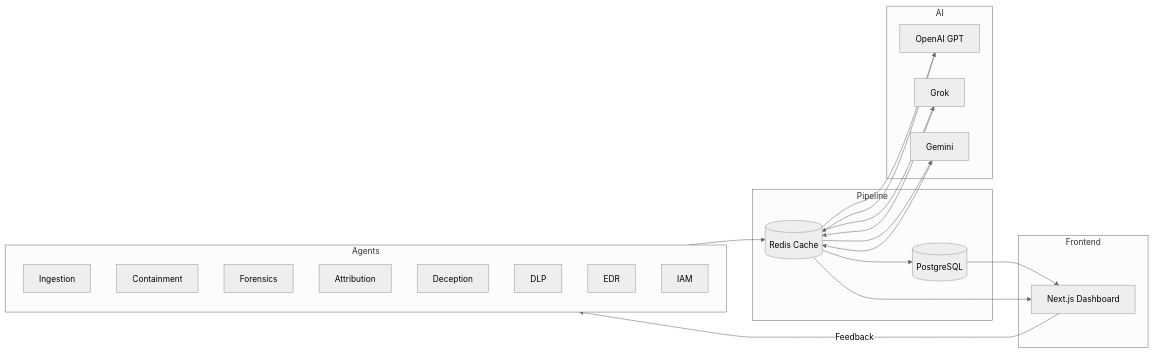
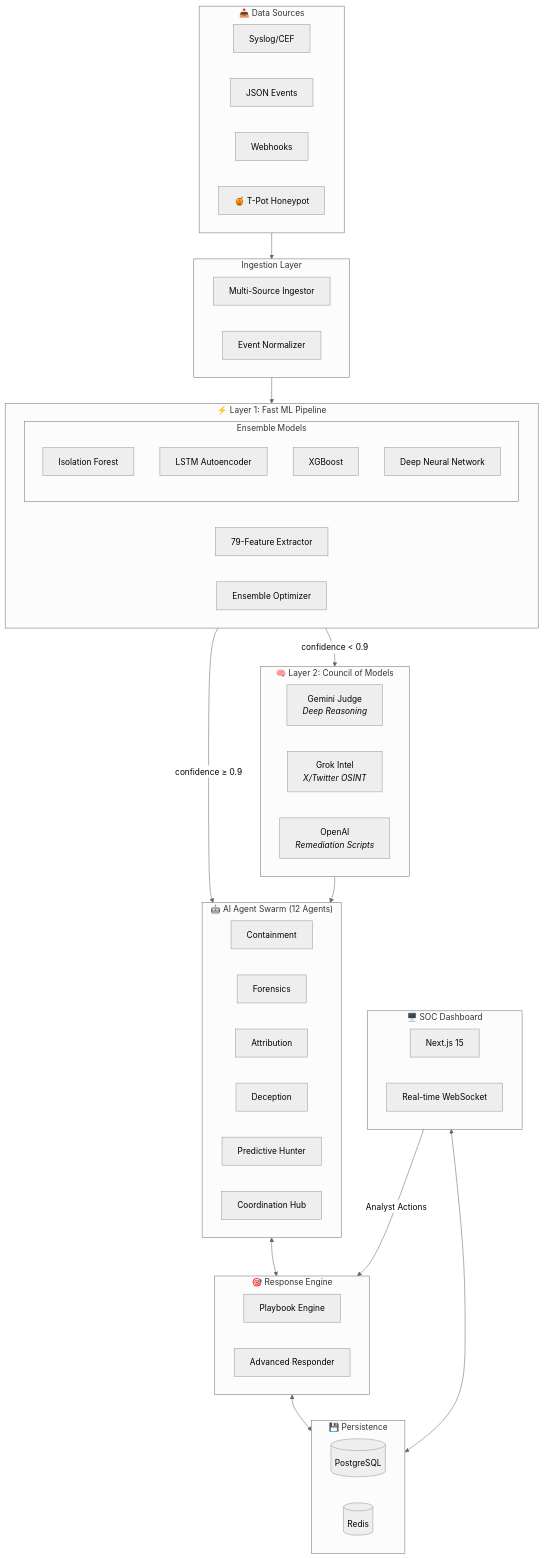
One commit to chasemad/mini-xdr-v5 changed the diagram in README.md. Above: the diagram before and after it, drawn with Mermaid (neutral theme). The commit also changed other lines of this file, not shown here.

Commit message:
docs: comprehensive README overhaul with new architecture diagram

````diff
--- a/README.md
+++ b/README.md
@@ -9,42 +31,66 @@
 ```mermaid
-flowchart LR
-    subgraph Agents
-        A1[Ingestion]
-        A2[Containment]
-        A3[Forensics]
-        A4[Attribution]
-        A5[Deception]
-        A6[DLP]
-        A7[EDR]
-        A8[IAM]
+flowchart TB
+    subgraph Sources["📥 Data Sources"]
+        S1[Syslog/CEF]
+        S2[JSON Events]
+        S3[Webhooks]
+        S4[🍯 T-Pot Honeypot]
     end
 
-    subgraph Pipeline
-        R[(Redis Cache)]
-        DB[(PostgreSQL)]
+    subgraph Ingestion["Ingestion Layer"]
+        ING[Multi-Source Ingestor]
+        NORM[Event Normalizer]
     end
 
-    subgraph AI
-        O1[OpenAI GPT]
-        G2[Grok]
-        Ge3[Gemini]
+    subgraph FastML["⚡ Layer 1: Fast ML Pipeline"]
+        FE["79-Feature Extractor"]
+        subgraph Models["Ensemble Models"]
+            ISO[Isolation Forest]
+            LSTM[LSTM Autoencoder]
+            XGB[XGBoost]
+            DNN[Deep Neural Network]
+        end
+        ENS[Ensemble Optimizer]
     end
 
-    subgraph Frontend
-        UI[Next.js Dashboard]
+    subgraph Council["🧠 Layer 2: Council of Models"]
+        GEM["Gemini Judge<br/><i>Deep Reasoning</i>"]
+        GROK["Grok Intel<br/><i>X/Twitter OSINT</i>"]
+        OAI["OpenAI<br/><i>Remediation Scripts</i>"]
     end
 
-    Agents --> R
-    R --> DB
-    DB --> UI
-    R --> UI
+    subgraph Agents["🤖 AI Agent Swarm (12 Agents)"]
+        direction LR
+        CONT[Containment]
+        FOR[Forensics]
+        ATTR[Attribution]
+        DEC[Deception]
+        HUNT[Predictive Hunter]
+        COORD[Coordination Hub]
+    end
 
-    R --> O1
-    R --> G2
-    R --> Ge3
-    O1 --> R
-    G2 --> R
-    Ge3 --> R
+    subgraph Response["🎯 Response Engine"]
+        PB[Playbook Engine]
+        RESP[Advanced Responder]
+    end
 
-    UI -->|Feedback| Agents
+    subgraph Data["💾 Persistence"]
+        PG[(PostgreSQL)]
+        RD[(Redis)]
+    end
+
+    subgraph Frontend["🖥️ SOC Dashboard"]
+        UI[Next.js 15]
+        WS[Real-time WebSocket]
+    end
+
+    Sources --> Ingestion
+    Ingestion --> FastML
+    FastML -->|"confidence < 0.9"| Council
+    FastML -->|"confidence ≥ 0.9"| Agents
+    Council --> Agents
+    Agents <--> Response
+    Response <--> Data
+    Data <--> Frontend
+    Frontend -->|"Analyst Actions"| Response
 ```
````
